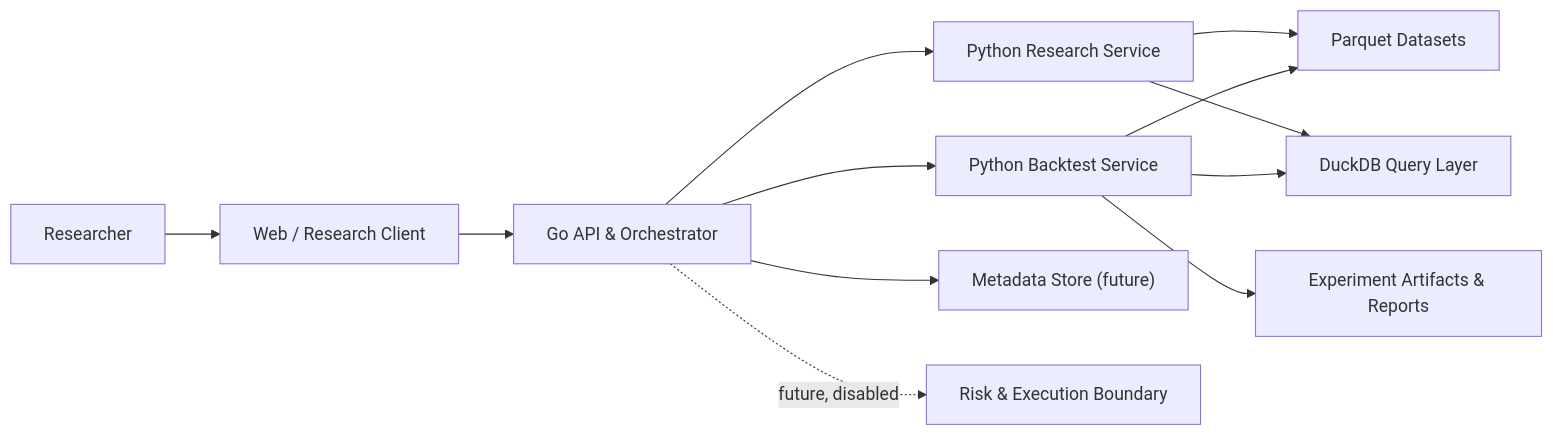
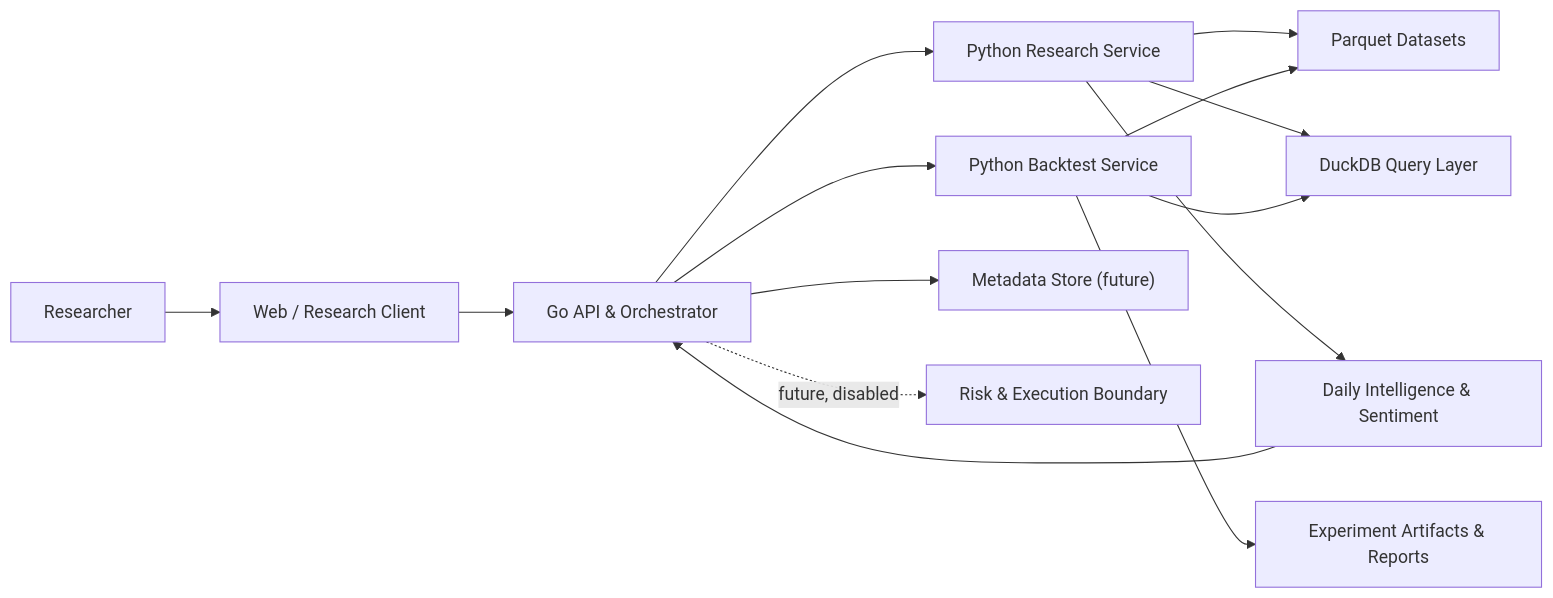
One commit to yanzhang404/QuantOS changed the first of 5 diagrams in ARCHITECTURE.md. Above: the diagram before and after it, drawn with Mermaid. The commit also changed other lines of this file and 33 other files, not shown here.

Commit message:
Add daily market intelligence workspace

````diff
--- a/ARCHITECTURE.md
+++ b/ARCHITECTURE.md
@@ -44,14 +44,16 @@
 ```mermaid
 flowchart LR
     U["Researcher"] --> W["Web / Research Client"]
     W --> API["Go API & Orchestrator"]
     API --> R["Python Research Service"]
     API --> B["Python Backtest Service"]
     R --> D["Parquet Datasets"]
     B --> D
     R --> Q["DuckDB Query Layer"]
     B --> Q
     B --> X["Experiment Artifacts & Reports"]
+    R --> I["Daily Intelligence & Sentiment"]
+    I --> API
     API --> M["Metadata Store (future)"]
     API -. "future, disabled" .-> K["Risk & Execution Boundary"]
 ```
````
